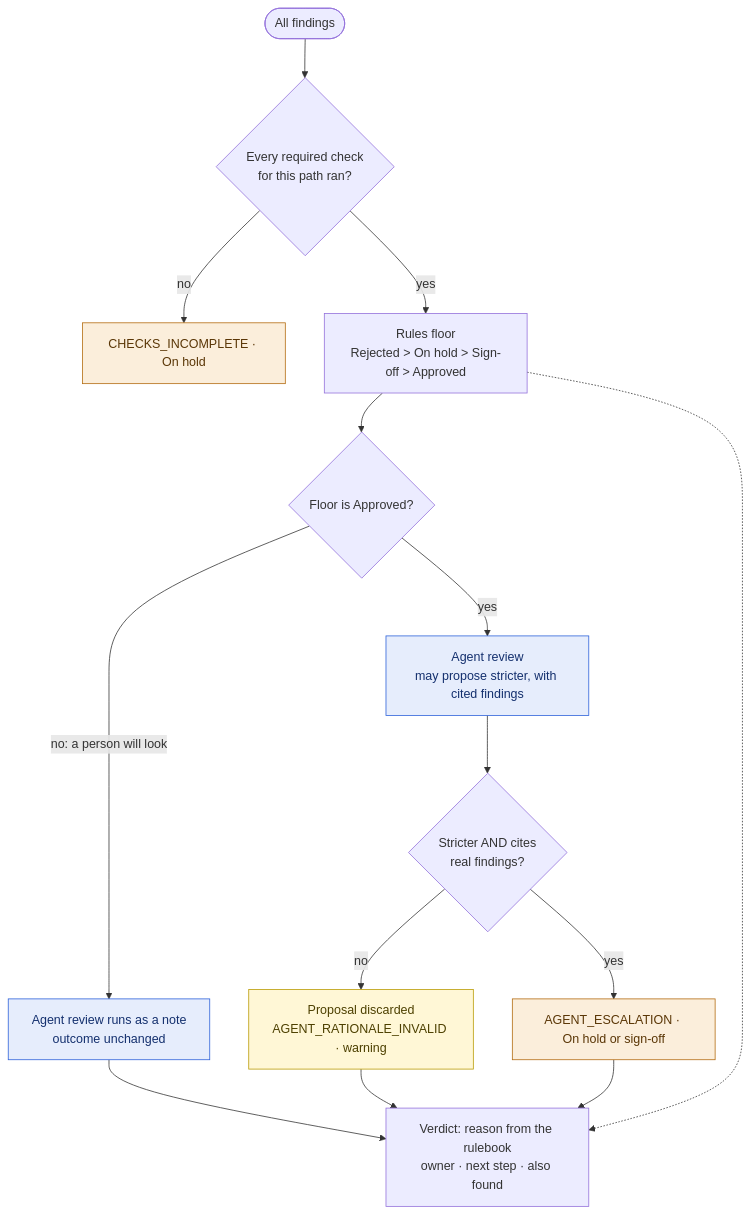
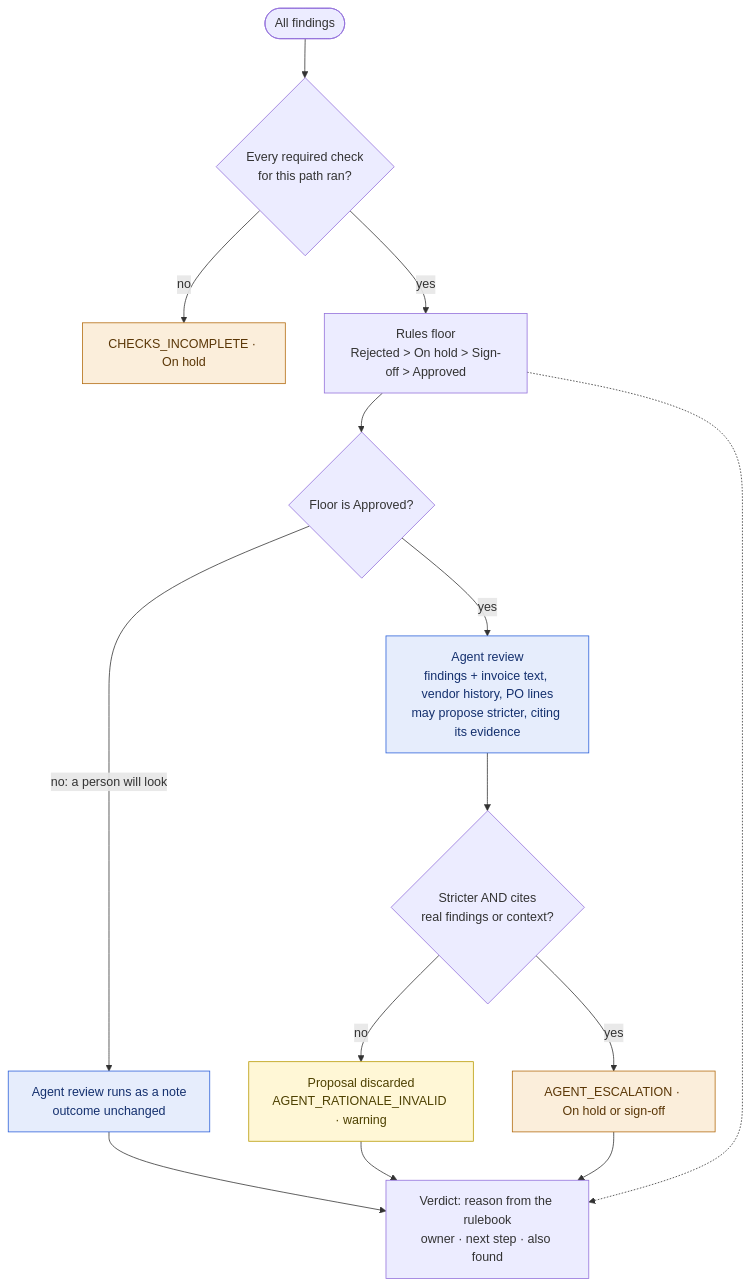
One commit to sh-yamm/Invoice-Automation-Agent changed the diagram in docs/diagrams/07-decision.mmd. Above: the diagram before and after it, drawn with Mermaid. The commit also changed 12 other files, not shown here.

Commit message:
docs: diagrams and README brought up to date (edge cases page, reviewer context, GST-inclusive conversion, new files); fresh screenshots; softer box fills, borders kept

```diff
--- a/docs/diagrams/07-decision.mmd
+++ b/docs/diagrams/07-decision.mmd
@@ -1,17 +1,17 @@
 flowchart TD
   F(["All findings"]) --> G{"Every required check<br/>for this path ran?"}
   G -->|no| GX["CHECKS_INCOMPLETE · On hold"]:::hold
   G -->|yes| FL["Rules floor<br/>Rejected > On hold > Sign-off > Approved"]
   FL --> Q{"Floor is Approved?"}
   Q -->|"no: a person will look"| NOTE["Agent review runs as a note<br/>outcome unchanged"]:::ai
-  Q -->|yes| RV["Agent review<br/>may propose stricter, with cited findings"]:::ai
-  RV --> V{"Stricter AND cites<br/>real findings?"}
+  Q -->|yes| RV["Agent review<br/>findings + invoice text, vendor history, PO lines<br/>may propose stricter, citing its evidence"]:::ai
+  RV --> V{"Stricter AND cites<br/>real findings or context?"}
   V -->|no| DROP["Proposal discarded<br/>AGENT_RATIONALE_INVALID · warning"]:::warn
   V -->|yes| ESC["AGENT_ESCALATION · On hold or sign-off"]:::hold
   NOTE --> OUT["Verdict: reason from the rulebook<br/>owner · next step · also found"]
   DROP --> OUT
   ESC --> OUT
   FL -.-> OUT
   classDef ai fill:#E6EDFC,stroke:#2B5FD9,color:#14306E
   classDef hold fill:#FBEEDB,stroke:#B26A0E,color:#5A3606
   classDef warn fill:#FFF7D6,stroke:#B89A00,color:#4D4000
```
